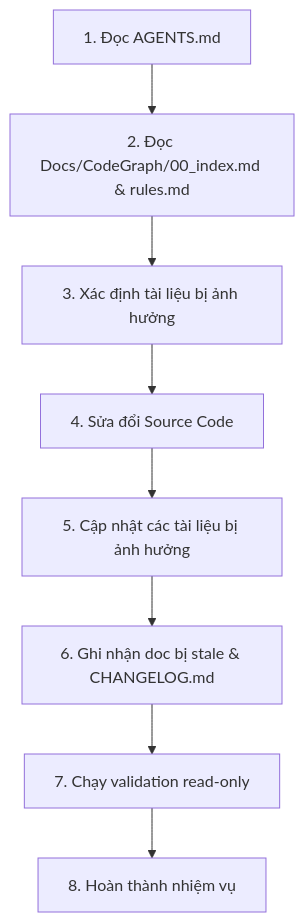
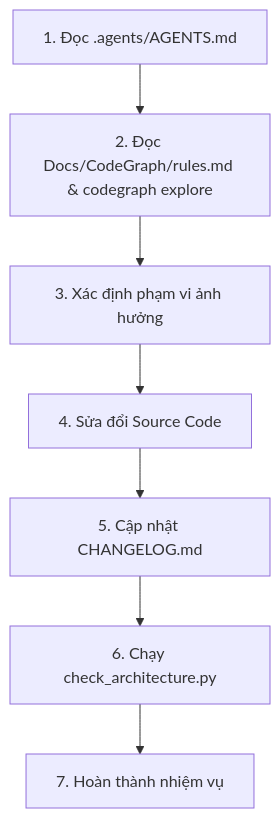
One commit to buudvh/FreeBook changed the diagram in .agents/AGENTS.md. Above: the diagram before and after it, drawn with Mermaid. The commit also changed other lines of this file and 24 other files, not shown here.

First line of the commit message:
chore: nghỉ hưu tài liệu đồ thị cấu trúc CodeGraph, chuyển sang công cụ codegraph MCP

````diff
--- a/.agents/AGENTS.md
+++ b/.agents/AGENTS.md
@@ -21,10 +20,9 @@
 ```mermaid
 graph TD
-    1[1. Đọc AGENTS.md] --> 2[2. Đọc Docs/CodeGraph/00_index.md & rules.md]
-    2 --> 3[3. Xác định tài liệu bị ảnh hưởng]
+    1[1. Đọc .agents/AGENTS.md] --> 2[2. Đọc Docs/CodeGraph/rules.md & codegraph explore]
+    2 --> 3[3. Xác định phạm vi ảnh hưởng]
     3 --> 4[4. Sửa đổi Source Code]
-    4 --> 5[5. Cập nhật các tài liệu bị ảnh hưởng]
-    5 --> 6[6. Ghi nhận doc bị stale & CHANGELOG.md]
-    6 --> 7[7. Chạy validation read-only]
-    7 --> 8[8. Hoàn thành nhiệm vụ]
+    4 --> 5[5. Cập nhật CHANGELOG.md]
+    5 --> 6[6. Chạy check_architecture.py]
+    6 --> 7[7. Hoàn thành nhiệm vụ]
 ```
````
